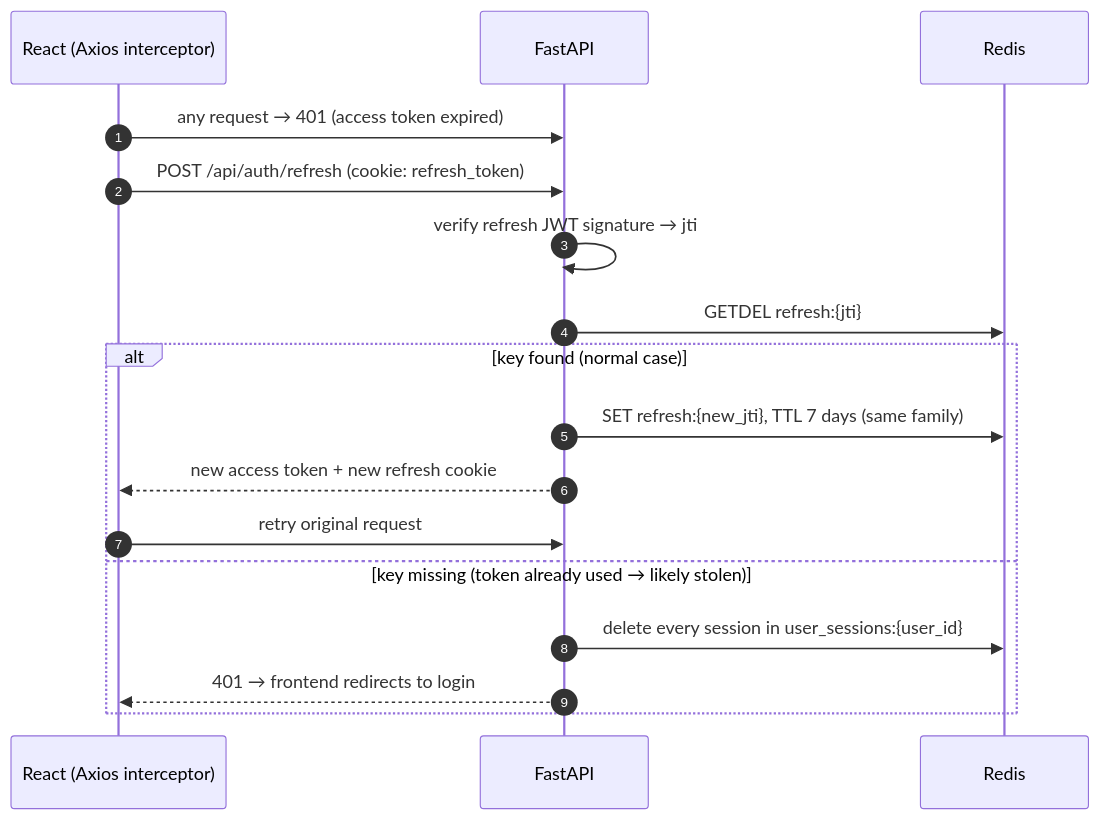
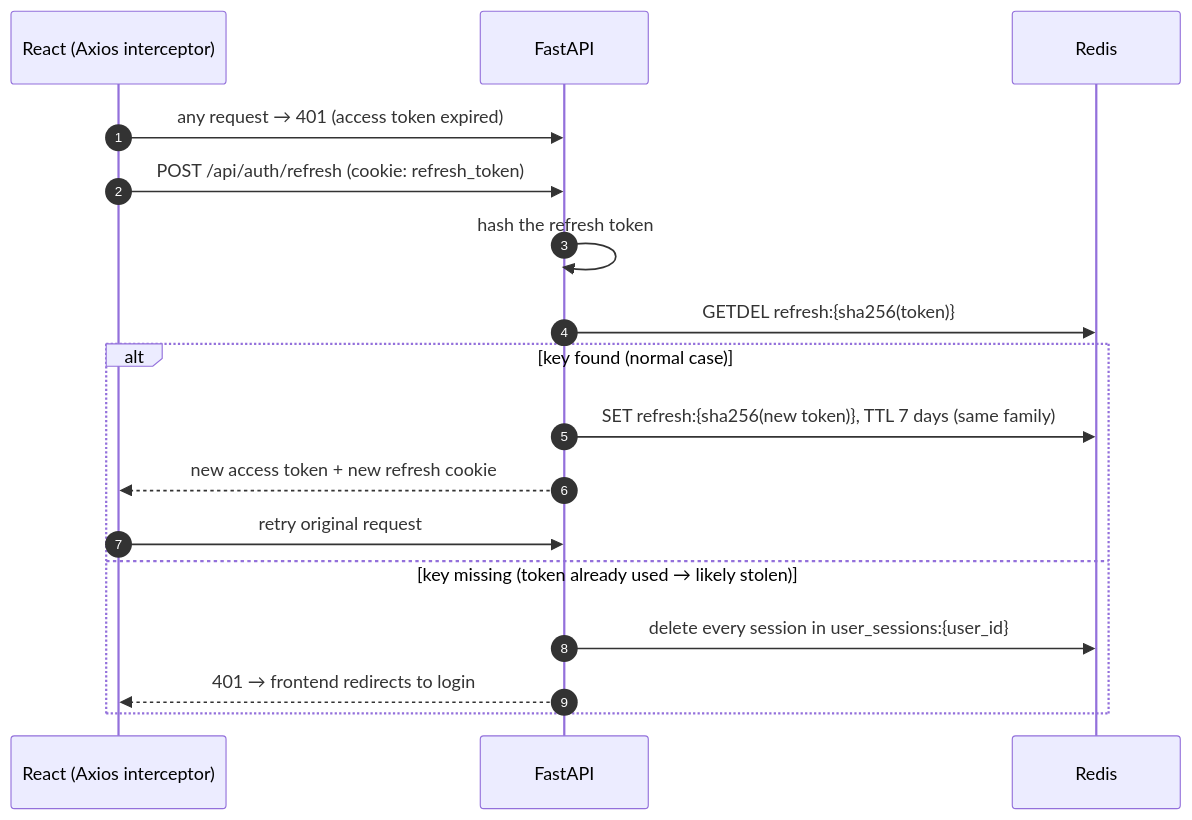
Before and after one commit to Vimaladharsan/TrustShare-Encrypted-File-Sharing-Collaboration-Platform: the fourth of 10 diagrams in docs/architecture.md, drawn with Mermaid. The commit also changed other lines of this file and 60 other files, not shown here.

````diff
--- a/docs/architecture.md
+++ b/docs/architecture.md
@@ -157,20 +208,20 @@
 ```mermaid
 sequenceDiagram
     autonumber
     participant FE as React (Axios interceptor)
     participant API as FastAPI
     participant R as Redis
 
     FE->>API: any request → 401 (access token expired)
     FE->>API: POST /api/auth/refresh (cookie: refresh_token)
-    API->>API: verify refresh JWT signature → jti
-    API->>R: GETDEL refresh:{jti}
+    API->>API: hash the refresh token
+    API->>R: GETDEL refresh:{sha256(token)}
     alt key found (normal case)
-        API->>R: SET refresh:{new_jti}, TTL 7 days (same family)
+        API->>R: SET refresh:{sha256(new token)}, TTL 7 days (same family)
         API-->>FE: new access token + new refresh cookie
         FE->>API: retry original request
     else key missing (token already used → likely stolen)
         API->>R: delete every session in user_sessions:{user_id}
         API-->>FE: 401 → frontend redirects to login
     end
 ```
````
